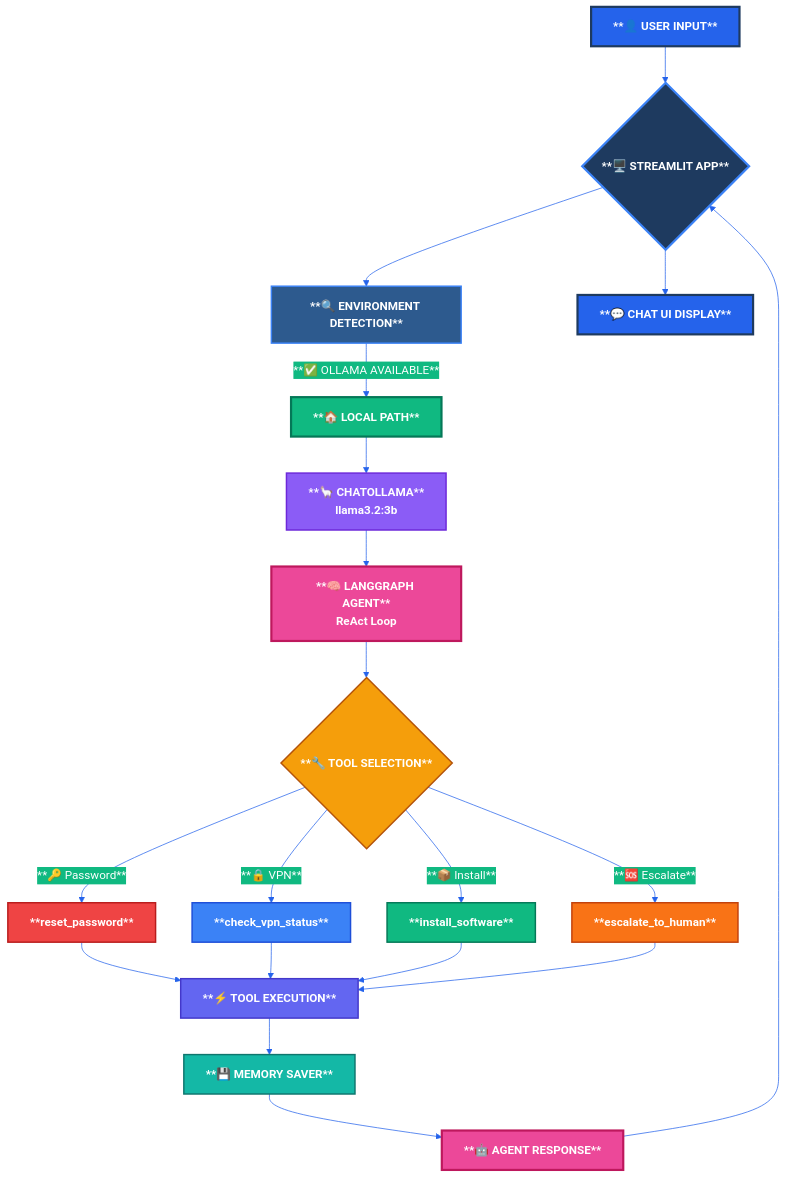
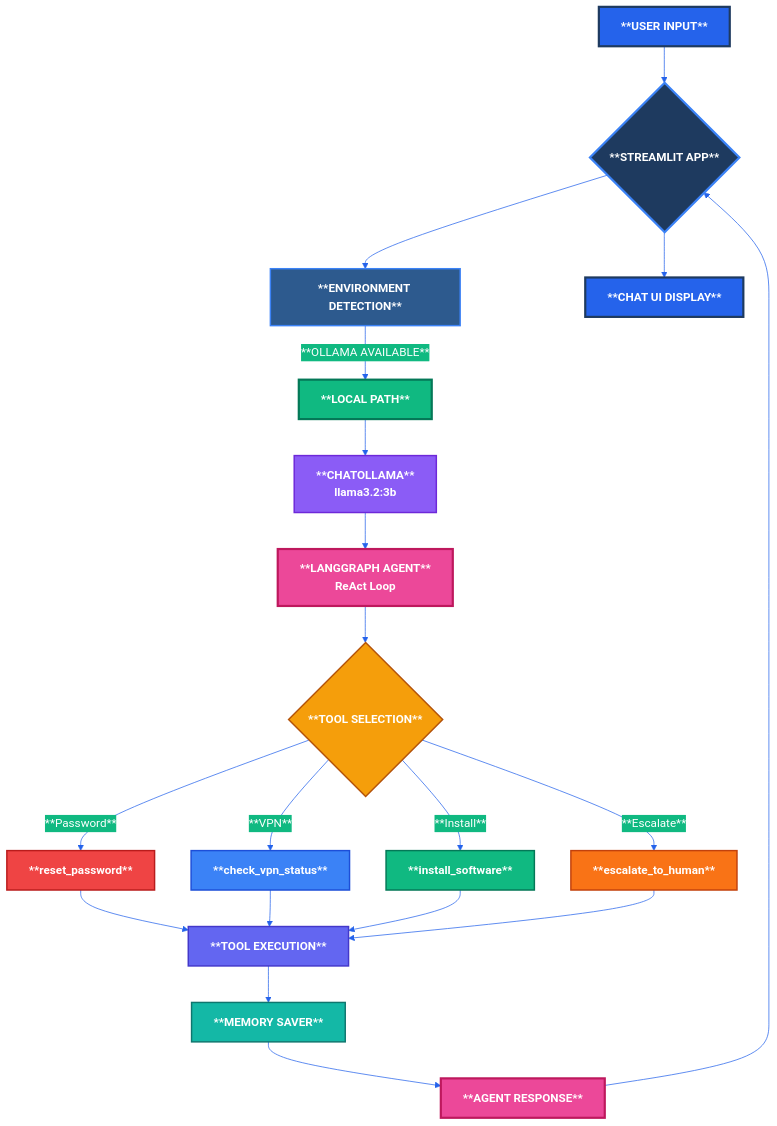
One commit to UzairRan/nexus-it-assistant changed the first of 4 diagrams in README.md. Above: the diagram before and after it, drawn with Mermaid. The commit also changed other lines of this file, not shown here.

````diff
--- a/README.md
+++ b/README.md
@@ -43,35 +43,35 @@
 ```mermaid
 %%{init: {'theme': 'base', 'themeVariables': { 'primaryColor': '#1E3A5F', 'primaryTextColor': '#FFFFFF', 'primaryBorderColor': '#3B82F6', 'lineColor': '#2563EB', 'secondaryColor': '#10B981', 'tertiaryColor': '#F8FAFC', 'tertiaryTextColor': '#1E293B', 'fontFamily': 'Arial, sans-serif', 'fontSize': '16px', 'fontWeight': 'bold'}}}%%
 flowchart TD
-    A[**👤 USER INPUT**] --> B{**🖥️ STREAMLIT APP**}
-    B --> C[**🔍 ENVIRONMENT DETECTION**]
-    C -->|**✅ OLLAMA AVAILABLE**| D[**🏠 LOCAL PATH**]
-    D --> E[**🦙 CHATOLLAMA**<br/>llama3.2:3b]
-    E --> F[**🧠 LANGGRAPH AGENT**<br/>ReAct Loop]
-    F --> G{**🔧 TOOL SELECTION**}
-    G -->|**🔑 Password**| H[**reset_password**]
-    G -->|**🔒 VPN**| I[**check_vpn_status**]
-    G -->|**📦 Install**| J[**install_software**]
-    G -->|**🆘 Escalate**| K[**escalate_to_human**]
-    H & I & J & K --> L[**⚡ TOOL EXECUTION**]
-    L --> M[**💾 MEMORY SAVER**]
-    M --> N[**🤖 AGENT RESPONSE**]
+    A[**USER INPUT**] --> B{**STREAMLIT APP**}
+    B --> C[**ENVIRONMENT DETECTION**]
+    C -->|**OLLAMA AVAILABLE**| D[**LOCAL PATH**]
+    D --> E[**CHATOLLAMA**<br/>llama3.2:3b]
+    E --> F[**LANGGRAPH AGENT**<br/>ReAct Loop]
+    F --> G{**TOOL SELECTION**}
+    G -->|**Password**| H[**reset_password**]
+    G -->|**VPN**| I[**check_vpn_status**]
+    G -->|**Install**| J[**install_software**]
+    G -->|**Escalate**| K[**escalate_to_human**]
+    H & I & J & K --> L[**TOOL EXECUTION**]
+    L --> M[**MEMORY SAVER**]
+    M --> N[**AGENT RESPONSE**]
     N --> B
-    B --> O[**💬 CHAT UI DISPLAY**]
+    B --> O[**CHAT UI DISPLAY**]
 
     style A fill:#2563EB,stroke:#1E3A5F,stroke-width:3px,color:#FFFFFF,font-weight:bold
     style B fill:#1E3A5F,stroke:#3B82F6,stroke-width:3px,color:#FFFFFF,font-weight:bold
     style C fill:#2D5A8E,stroke:#3B82F6,stroke-width:2px,color:#FFFFFF,font-weight:bold
     style D fill:#10B981,stroke:#047857,stroke-width:3px,color:#FFFFFF,font-weight:bold
     style E fill:#8B5CF6,stroke:#6D28D9,stroke-width:2px,color:#FFFFFF,font-weight:bold
     style F fill:#EC4899,stroke:#BE185D,stroke-width:3px,color:#FFFFFF,font-weight:bold
     style G fill:#F59E0B,stroke:#B45309,stroke-width:2px,color:#FFFFFF,font-weight:bold
     style H fill:#EF4444,stroke:#B91C1C,stroke-width:2px,color:#FFFFFF,font-weight:bold
     style I fill:#3B82F6,stroke:#1D4ED8,stroke-width:2px,color:#FFFFFF,font-weight:bold
     style J fill:#10B981,stroke:#047857,stroke-width:2px,color:#FFFFFF,font-weight:bold
     style K fill:#F97316,stroke:#C2410C,stroke-width:2px,color:#FFFFFF,font-weight:bold
     style L fill:#6366F1,stroke:#4338CA,stroke-width:2px,color:#FFFFFF,font-weight:bold
     style M fill:#14B8A6,stroke:#0F766E,stroke-width:2px,color:#FFFFFF,font-weight:bold
     style N fill:#EC4899,stroke:#BE185D,stroke-width:3px,color:#FFFFFF,font-weight:bold
     style O fill:#2563EB,stroke:#1E3A5F,stroke-width:3px,color:#FFFFFF,font-weight:bold
 ```
````
